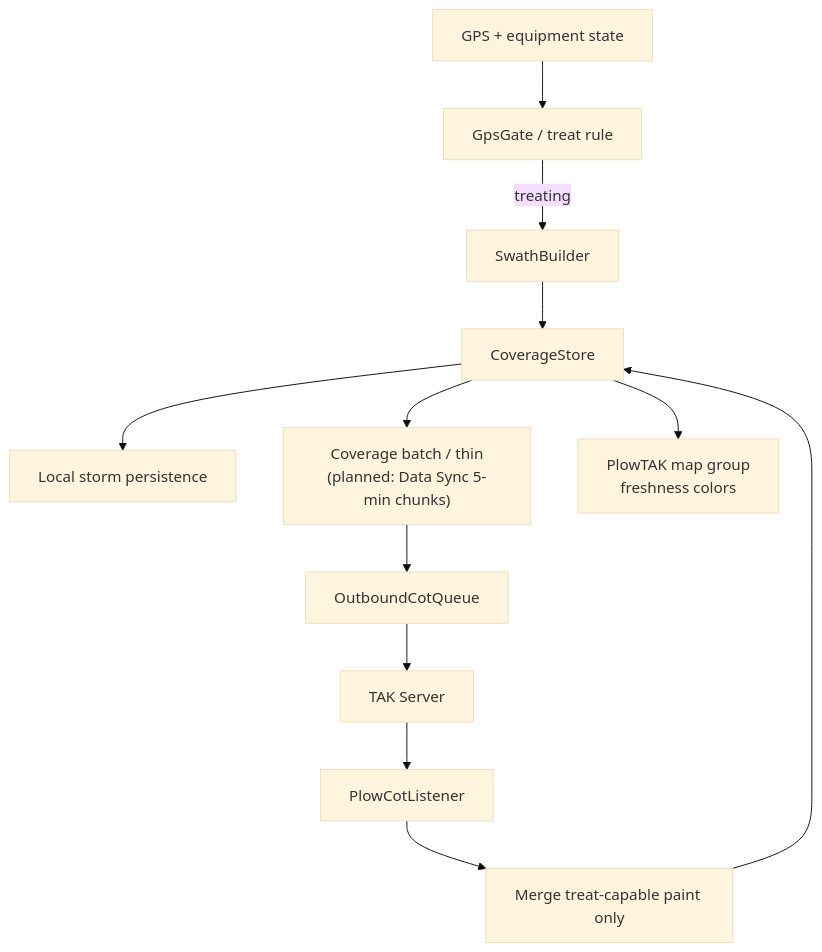
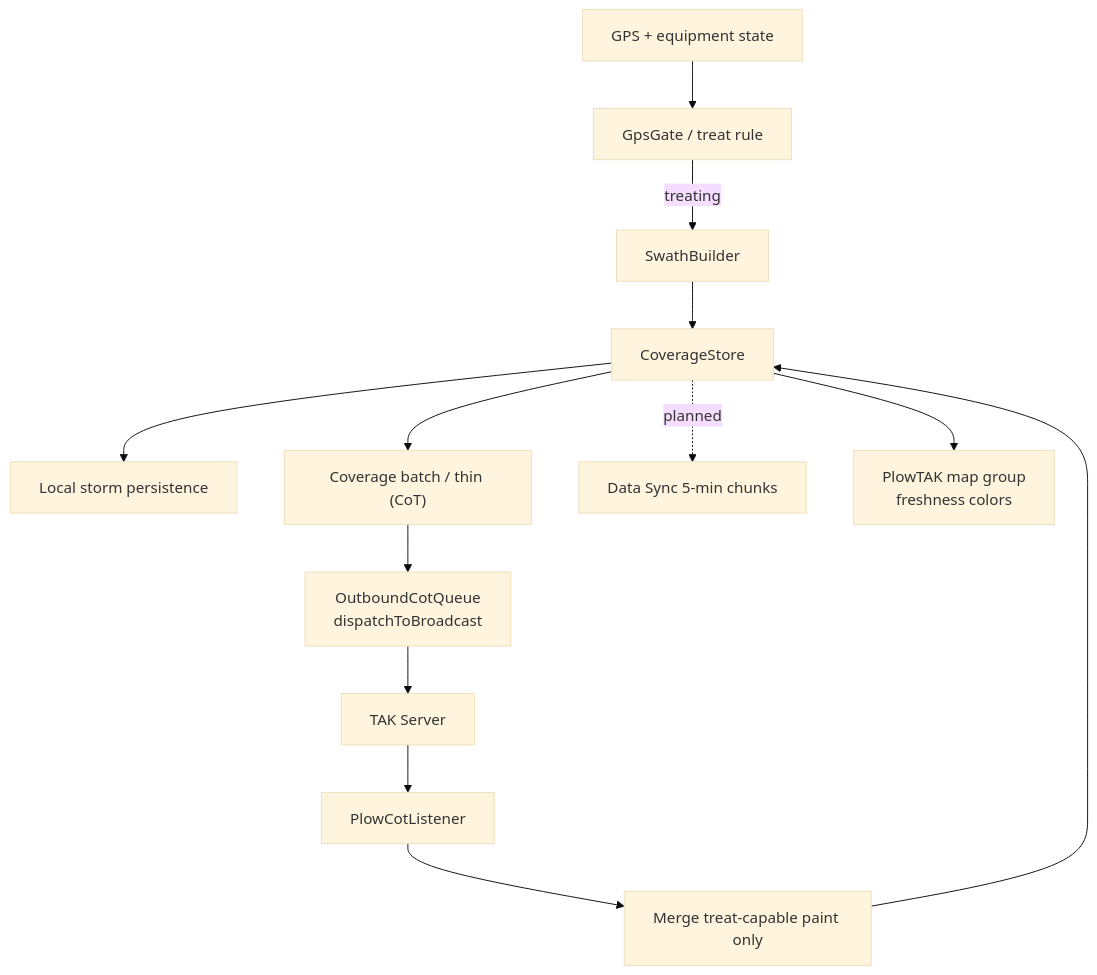
Before and after one commit to CopIXus/PlowTAK: the second of 2 diagrams in README.md, drawn with Mermaid (base theme). The commit also changed other lines of this file and 11 other files, not shown here.

````diff
--- a/README.md
+++ b/README.md
@@ -67,14 +66,15 @@
 ```mermaid
 flowchart TB
   GPS["GPS + equipment state"] --> Gate["GpsGate / treat rule"]
   Gate -->|treating| Swath["SwathBuilder"]
   Swath --> Store["CoverageStore"]
   Store --> Local["Local storm persistence"]
-  Store --> Batch["Coverage batch / thin<br/>(planned: Data Sync 5-min chunks)"]
-  Batch --> Queue["OutboundCotQueue"]
+  Store --> Batch["Coverage batch / thin (CoT)"]
+  Batch --> Queue["OutboundCotQueue<br/>dispatchToBroadcast"]
   Queue --> TAK["TAK Server"]
+  Store -.->|planned| DataSync["Data Sync 5-min chunks"]
   TAK --> In["PlowCotListener"]
   In --> Merge["Merge treat-capable paint only"]
   Merge --> Store
   Store --> Map["PlowTAK map group<br/>freshness colors"]
 ```
````
